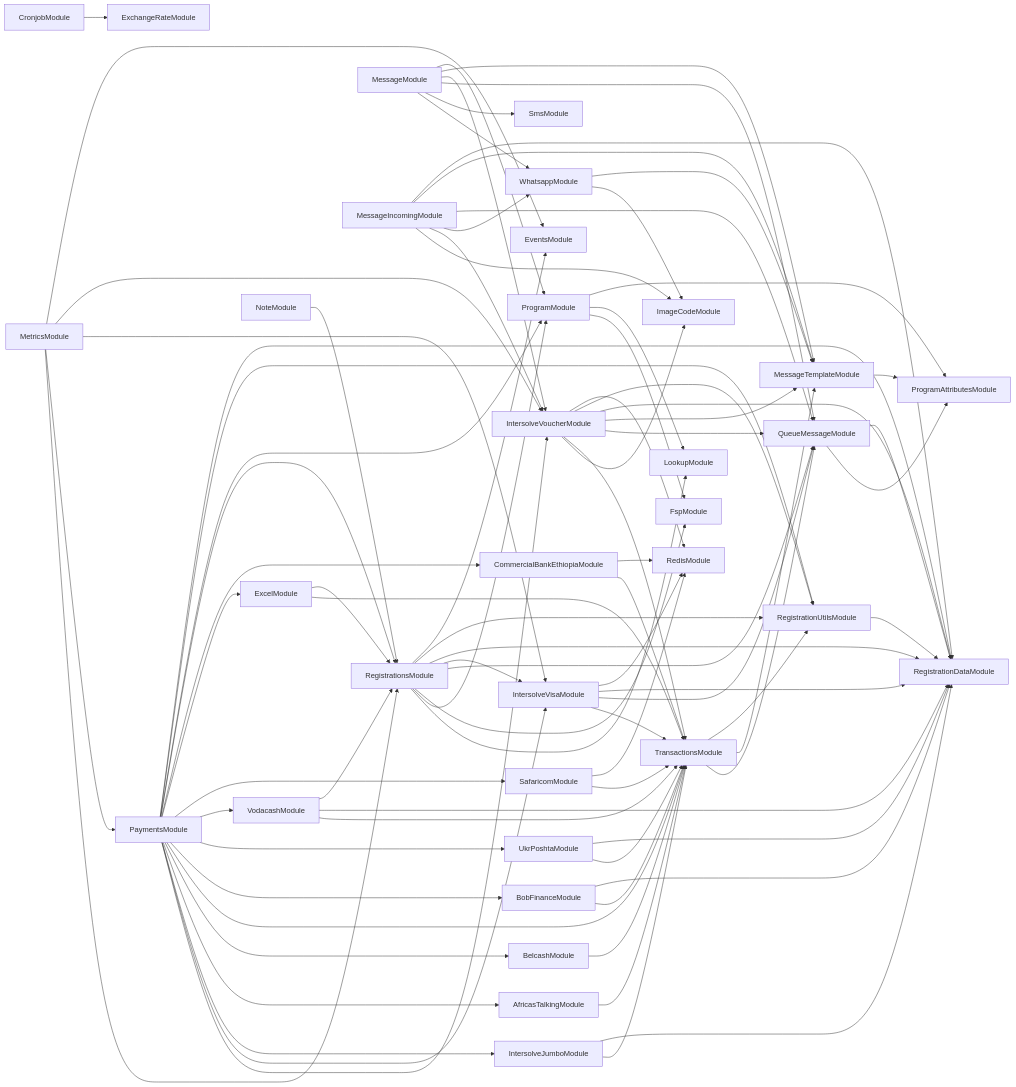
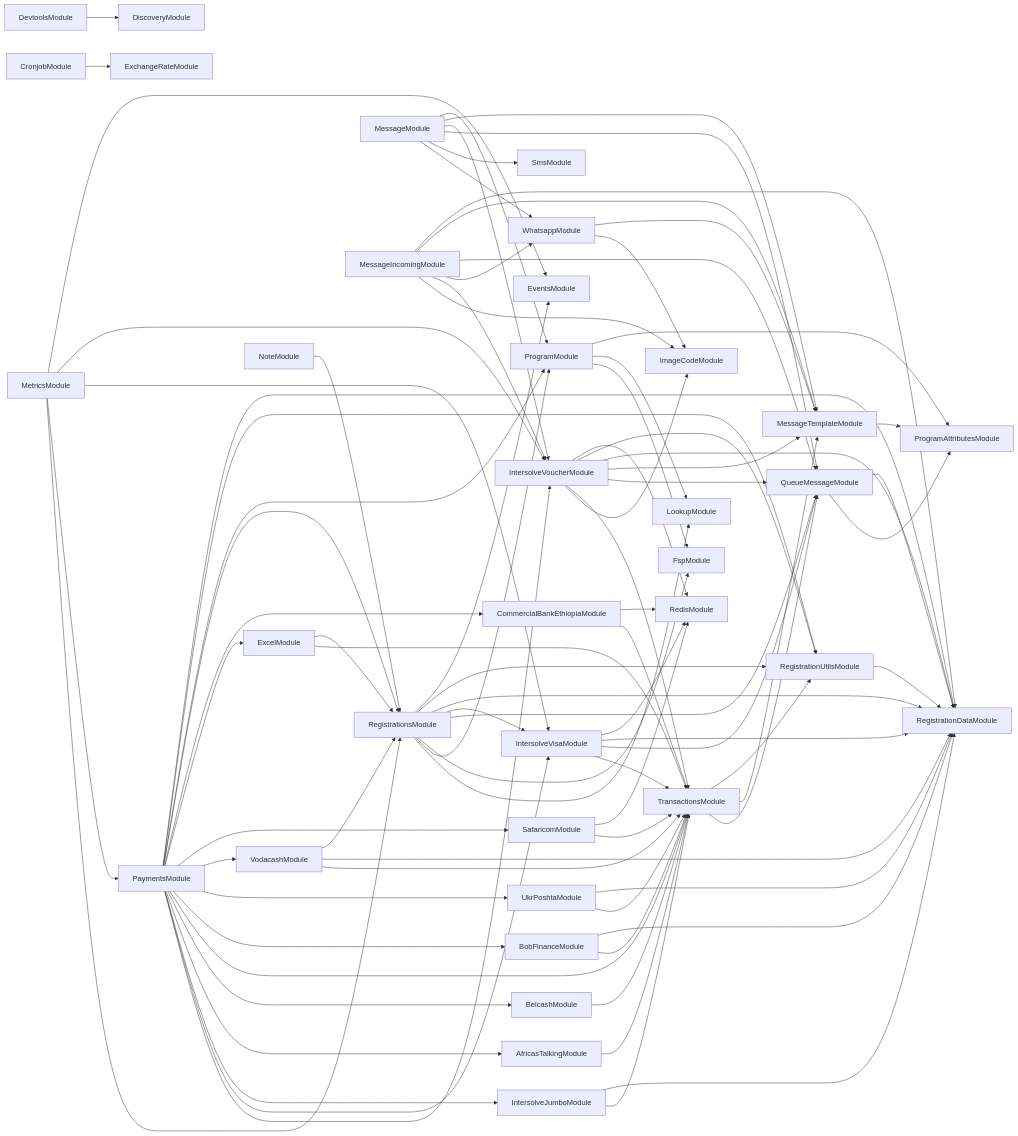
Before and after one commit to global-121/121-platform: the diagram in services/121-service/module-dependencies.md, drawn with Mermaid. The commit also changed 5 other files, not shown here.

````diff
--- a/services/121-service/module-dependencies.md
+++ b/services/121-service/module-dependencies.md
@@ -3,5 +3,6 @@
 ```mermaid
 graph LR
+  DevtoolsModule-->DiscoveryModule
   ProgramModule-->FspModule
   ProgramModule-->LookupModule
   ProgramModule-->ProgramAttributesModule
````
